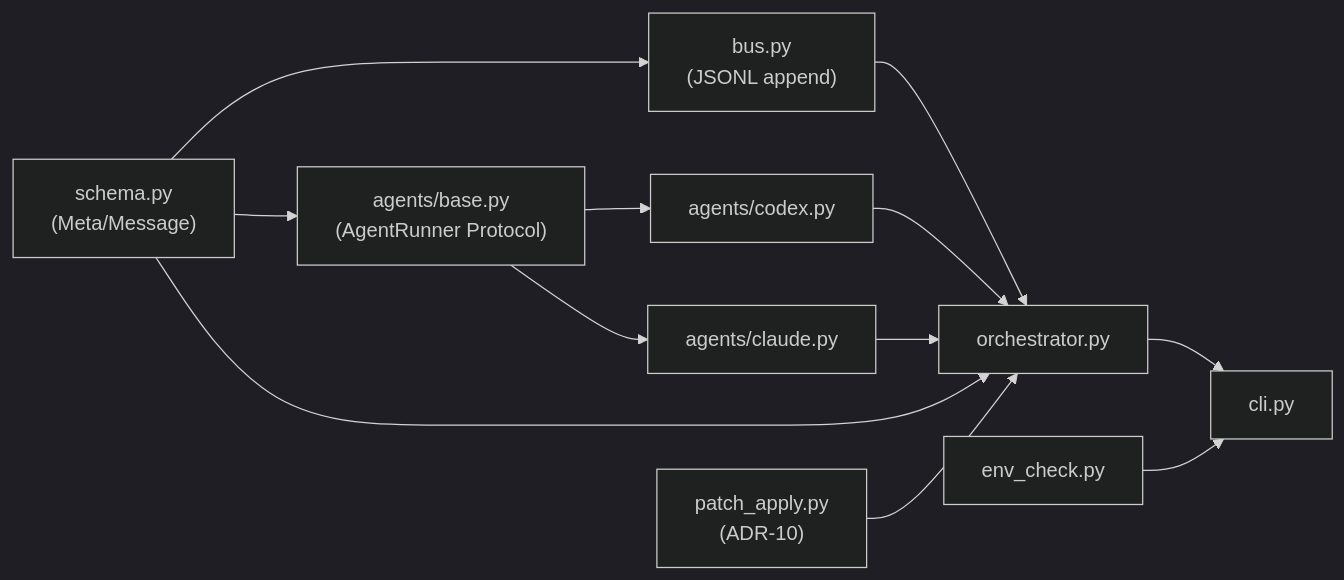
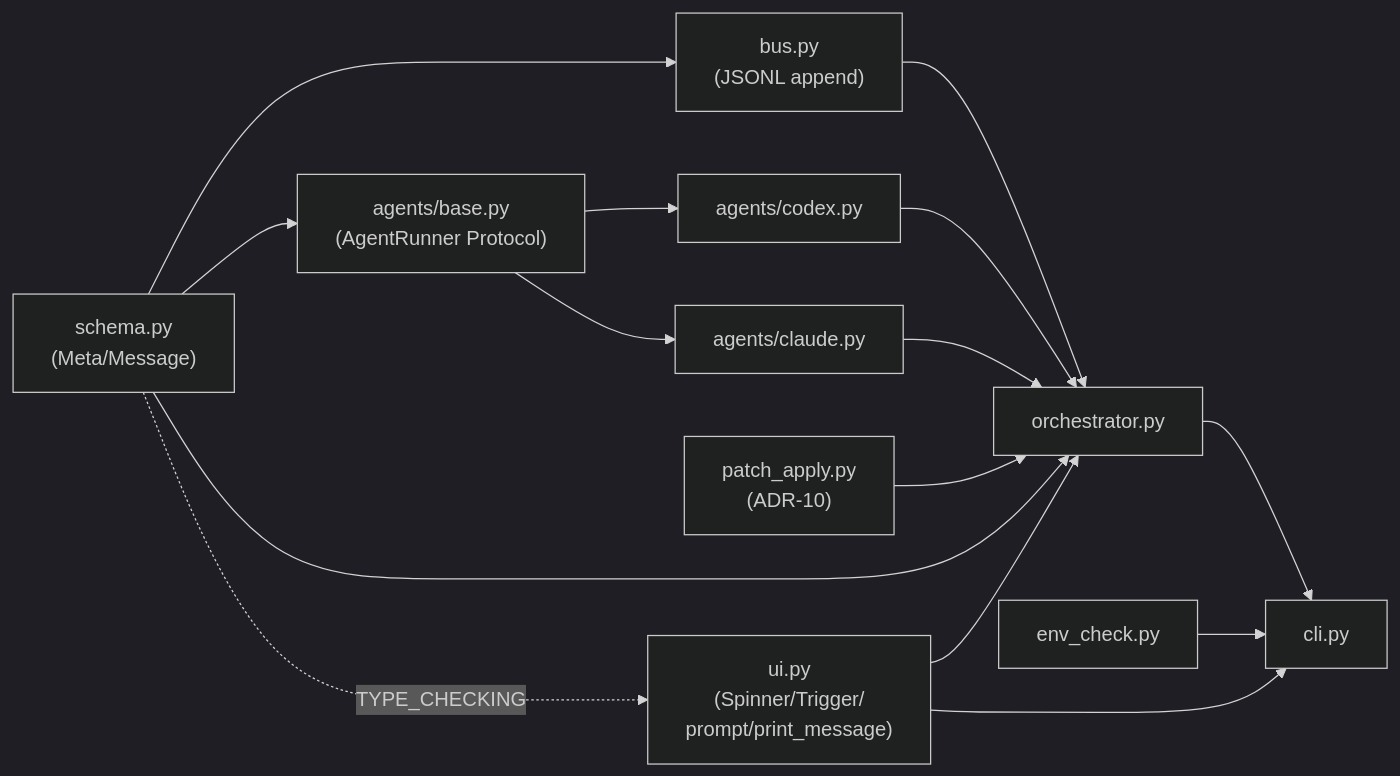
The diagram in docs/dev-docs/systems/INDEX.md (shinjw4929/Dialectic-CLI), drawn with Mermaid (dark theme) before and after one commit. The commit also changed other lines of this file and 1 other file, not shown here.

````diff
--- a/docs/dev-docs/systems/INDEX.md
+++ b/docs/dev-docs/systems/INDEX.md
@@ -22,24 +23,28 @@
 ```mermaid
 flowchart LR
     schema["schema.py<br/>(Meta/Message)"]
     bus["bus.py<br/>(JSONL append)"]
     base["agents/base.py<br/>(AgentRunner Protocol)"]
     codex["agents/codex.py"]
     claude["agents/claude.py"]
     patch["patch_apply.py<br/>(ADR-10)"]
     orch["orchestrator.py"]
     envcheck["env_check.py"]
     cli["cli.py"]
+    ui["ui.py<br/>(Spinner/Trigger/<br/>prompt/print_message)"]
 
     schema --> bus
     schema --> base
     base --> codex
     base --> claude
     bus --> orch
     codex --> orch
     claude --> orch
     schema --> orch
     patch --> orch
+    schema -. TYPE_CHECKING .-> ui
+    ui --> orch
+    ui --> cli
     orch --> cli
     envcheck --> cli
 ```
````
